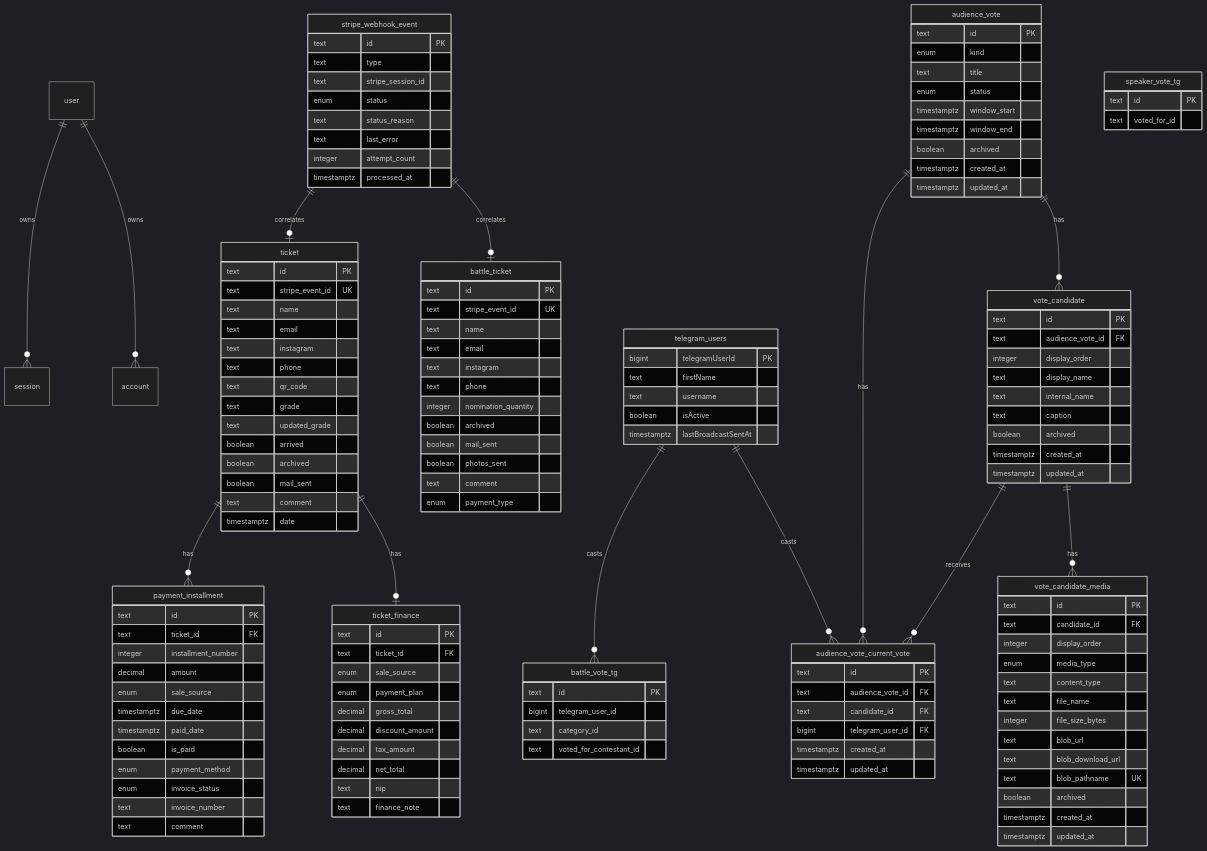
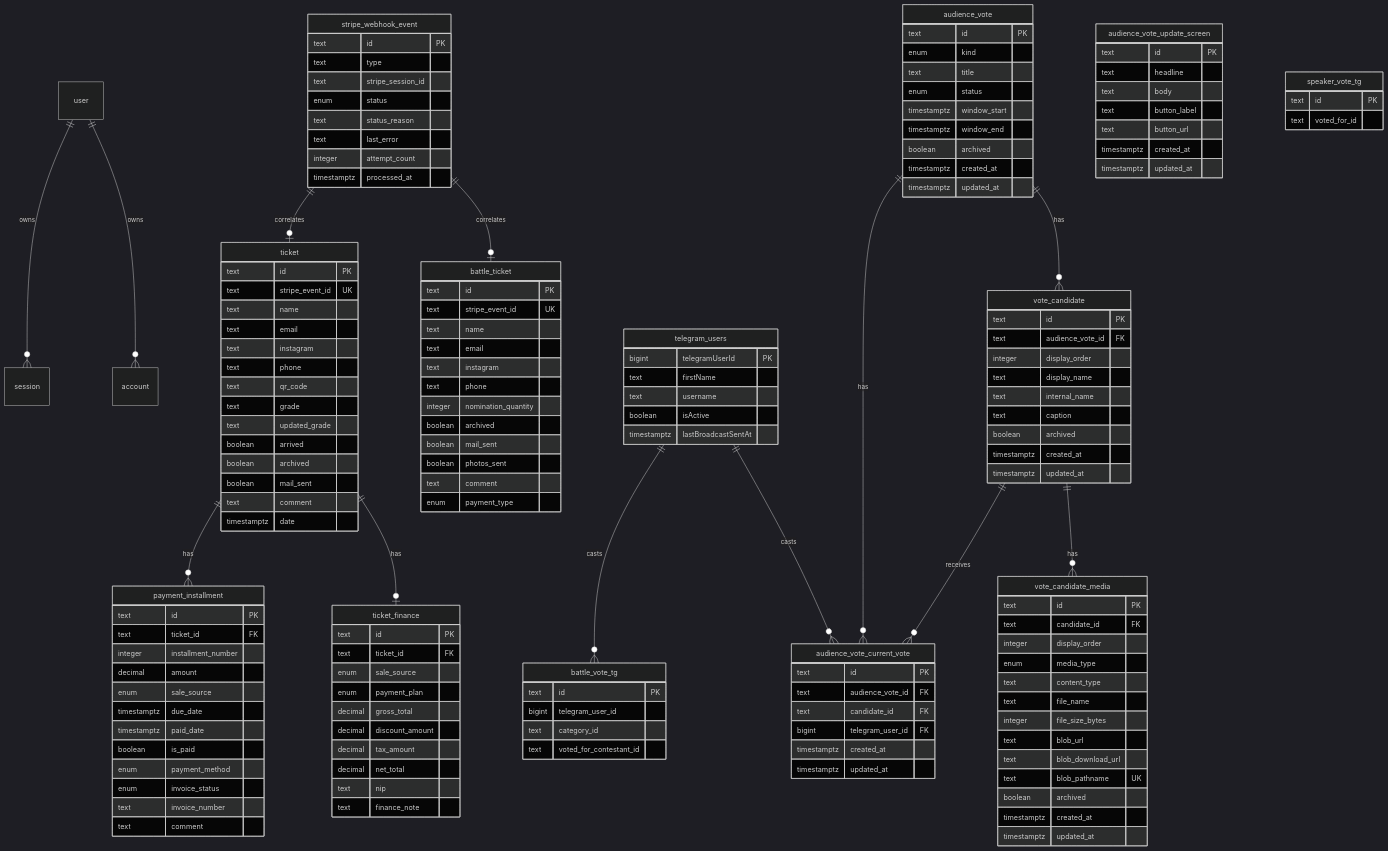
Before and after one commit to serhiihaniuk/nailmoment-dashboard: the diagram in docs/data-model.md, drawn with Mermaid (dark theme). The commit also changed other lines of this file and 21 other files, not shown here.

Commit message:
Implement audience vote update screen

```diff
--- a/docs/data-model.md
+++ b/docs/data-model.md
@@ -160,6 +160,16 @@
     timestamptz updated_at
   }
 
+  audience_vote_update_screen {
+    text id PK
+    text headline
+    text body
+    text button_label
+    text button_url
+    timestamptz created_at
+    timestamptz updated_at
+  }
+
   speaker_vote_tg {
     text id PK
     text voted_for_id
```
